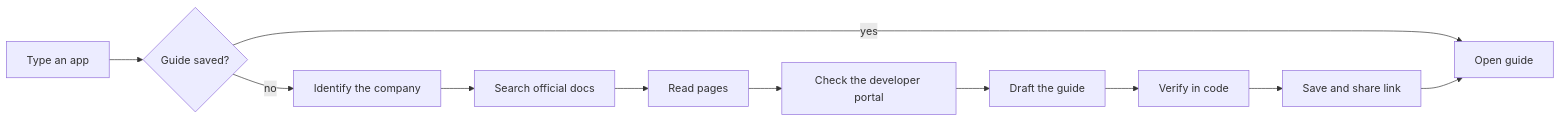
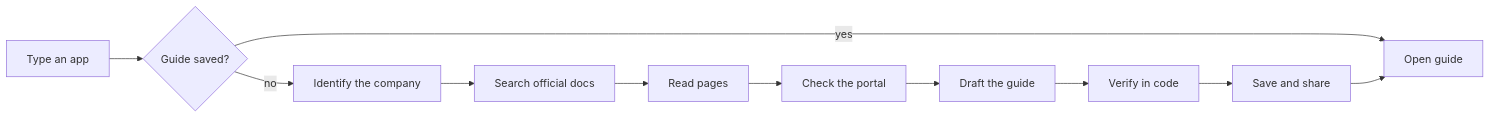
The second of 2 diagrams in README.md (GaneshEiGo/waypoint), drawn with Mermaid before and after one commit. The commit also changed other lines of this file, not shown here.

````diff
--- a/README.md
+++ b/README.md
@@ -64,13 +111,13 @@
 ```mermaid
 flowchart LR
   A[Type an app] --> B{Guide saved?}
   B -- yes --> G[Open guide]
   B -- no --> C[Identify the company]
   C --> D[Search official docs]
   D --> E[Read pages]
-  E --> F[Check the developer portal]
+  E --> F[Check the portal]
   F --> H[Draft the guide]
   H --> I[Verify in code]
-  I --> J[Save and share link]
+  I --> J[Save and share]
   J --> G
 ```
````
